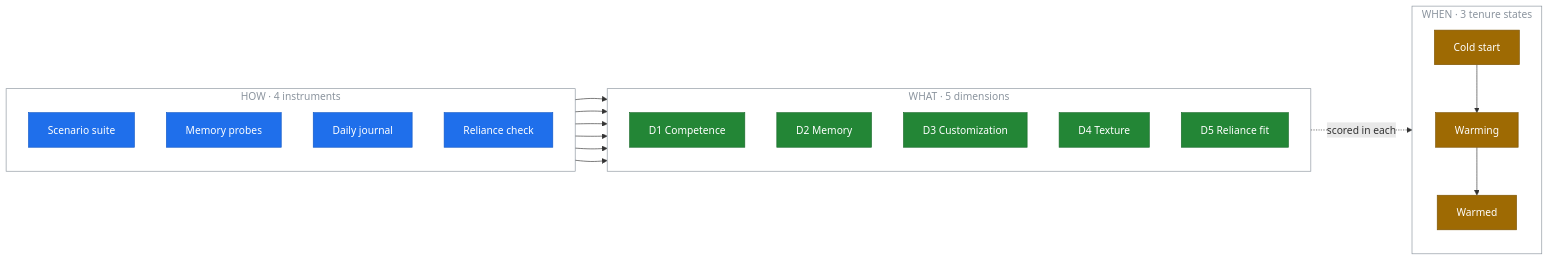
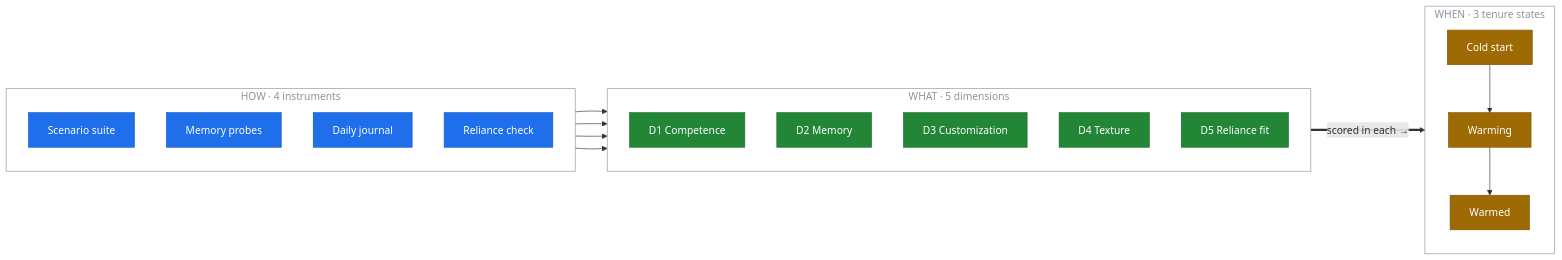
The diagram in README.md (n3wth/agent-eval), drawn with Mermaid before and after one commit.

Commit message:
Fix mermaid alignment: order dimensions, link from WHAT's center
Parallel HOW->WHAT lines (D1-D5 in order), single "scored in each" link
originating from D3, the middle dimension, into the tenure flow.

````diff
--- a/README.md
+++ b/README.md
@@ -20,41 +20,41 @@
 ```mermaid
 %%{init: {"fontFamily": "-apple-system, BlinkMacSystemFont, \"Segoe UI\", Helvetica, Arial, sans-serif"}}%%
 flowchart LR
     subgraph INS["HOW · 4 instruments"]
         direction TB
         I1["Scenario suite"]
         I2["Memory probes"]
         I3["Daily journal"]
         I4["Reliance check"]
     end
 
     subgraph DIM["WHAT · 5 dimensions"]
         direction TB
         D1["D1 Competence"]
         D2["D2 Memory"]
         D3["D3 Customization"]
         D4["D4 Texture"]
         D5["D5 Reliance fit"]
     end
 
     subgraph TEN["WHEN · 3 tenure states"]
         direction TB
         C["Cold start"] --> W["Warming"] --> M["Warmed"]
     end
 
-    I1 --> D1 & D3
+    I1 --> D1
     I2 --> D2
-    I3 --> D4 & D5
+    I3 --> D4
     I4 --> D5
-    DIM -. "scored in each" .-> TEN
+    D3 == "scored in each →" ==> W
 
     classDef ins fill:#1f6feb,stroke:#1158c7,color:#fff,stroke-width:1px;
     classDef dim fill:#238636,stroke:#1a6b2b,color:#fff,stroke-width:1px;
     classDef ten fill:#9e6a03,stroke:#7d5303,color:#fff,stroke-width:1px;
     class I1,I2,I3,I4 ins;
     class D1,D2,D3,D4,D5 dim;
     class C,W,M ten;
     style INS fill:transparent,stroke:#8b949e,stroke-width:1px,color:#8b949e;
     style DIM fill:transparent,stroke:#8b949e,stroke-width:1px,color:#8b949e;
     style TEN fill:transparent,stroke:#8b949e,stroke-width:1px,color:#8b949e;
 ```
````
